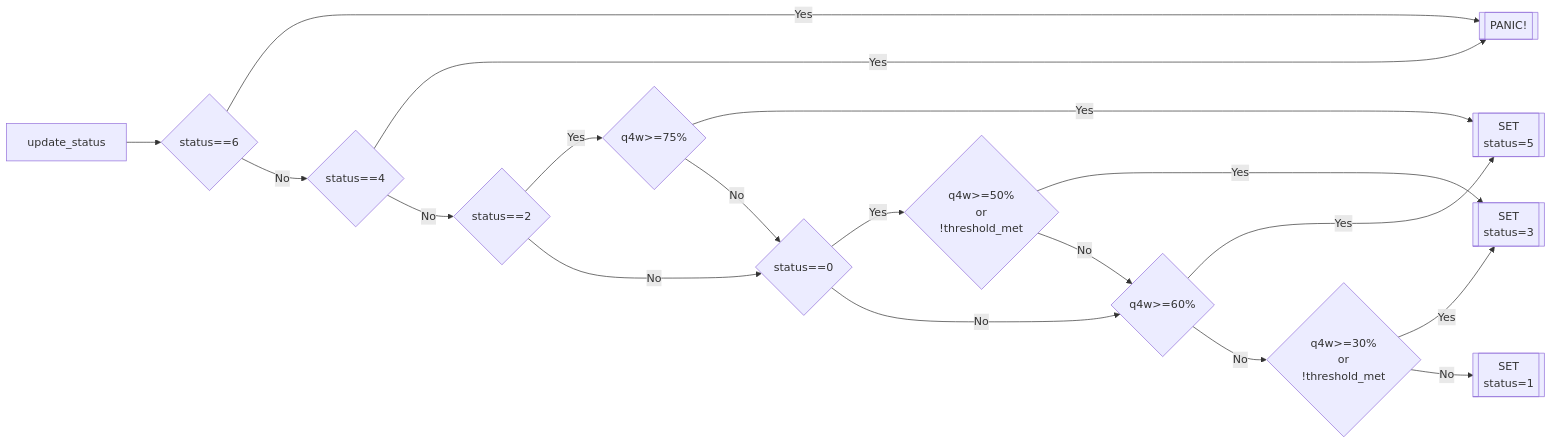
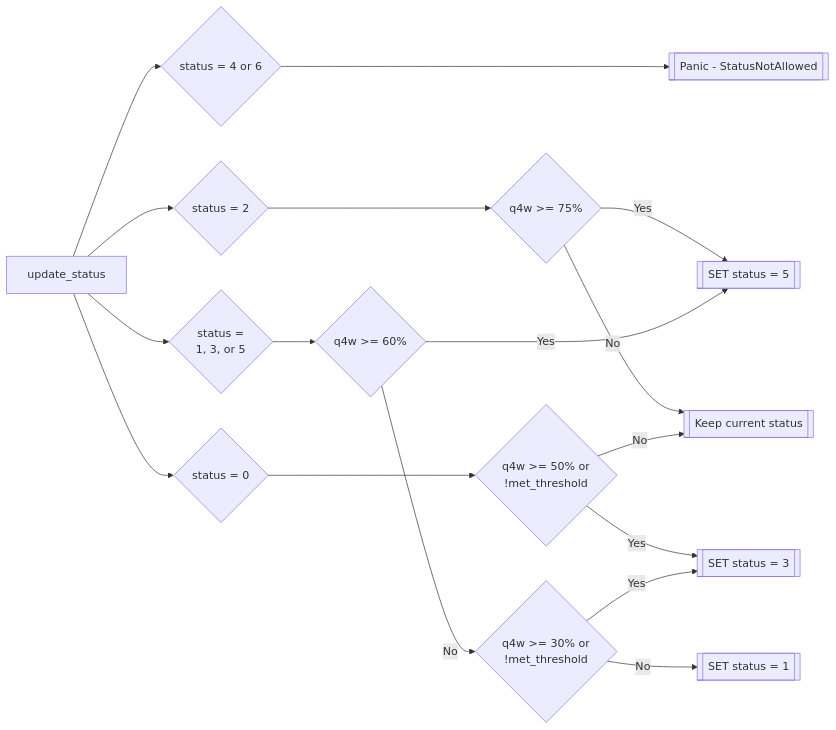
Before and after one commit to blend-capital/docs-v2: the first of 2 diagrams in tech-docs/core-contracts/lending-pool/pool-management.md, drawn with Mermaid. The commit also changed other lines of this file, not shown here.

Commit message:
chore: patch pool status flowcharts

````diff
--- a/tech-docs/core-contracts/lending-pool/pool-management.md
+++ b/tech-docs/core-contracts/lending-pool/pool-management.md
@@ -22,27 +23,19 @@
 ```mermaid
 flowchart LR
-    A[update_status] --> B{status==6}
-    B --------->|Yes| C[[PANIC!]]
-    B -->|No| D{status==4}
-    D -->|Yes| C
-    D -->|No| E{status==2}
-    E -->|Yes| F{q4w>=75%}
-    F ------>|Yes| G[["SET
-    status=5"]]
-    E -->|No| H{status==0}
-    F -->|No| H
-    H -->|Yes| I{"q4w>=50%
-    or
-    !threshold_met"}
-    I -->|Yes| J[["SET
-    status=3"]]
-    I -->|No| K{q4w>=60%}
-    H -->|No| K
-    K -->|Yes| G
-    K -->|No| L{"q4w>=30%
-    or
-    !threshold_met"}
-    L -->|Yes| J
-    L -->|No| M[["SET
-    status=1"]]
+    A[update_status] --> B{status = 4 or 6}
+    A --> C{status = 2}
+    A --> D{status = 0}
+    A --> E{status =</br>1, 3, or 5}
+    B ----> F[["Panic - StatusNotAllowed"]]
+    C ---> G{q4w >= 75%}
+    G -->|Yes| H[["SET status = 5"]]
+    G -->|No| I[["Keep current status"]]
+    D ---> J{q4w >= 50% or</br>!met_threshold}
+    J -->|Yes| K[["SET status = 3"]]
+    J -->|No| I
+    E --> L{q4w >= 60%}
+    L -->|Yes| H
+    L -->|No| M{q4w >= 30% or</br>!met_threshold}
+    M -->|Yes| K
+    M -->|No| N[["SET status = 1"]]
 ```
````
